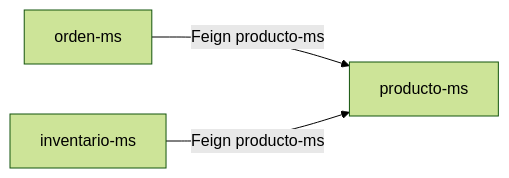
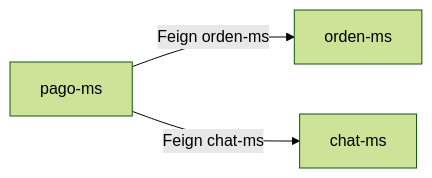
The first of 2 diagrams in docs/sesiones/s06-feign-circuit-breaker.md (erickmijael17/SmartCampus-Marketplace), drawn with Mermaid (forest theme) before and after one commit. The commit also changed other lines of this file and 23 other files, not shown here.

Commit message:
docs: update frontend and payment flows

````diff
--- a/docs/sesiones/s06-feign-circuit-breaker.md
+++ b/docs/sesiones/s06-feign-circuit-breaker.md
@@ -46,8 +46,8 @@
 ```mermaid
 flowchart LR
+    Pago["pago-ms"]
     Orden["orden-ms"]
-    Producto["producto-ms"]
-    Inventario["inventario-ms"]
-    Orden -->|"Feign producto-ms"| Producto
-    Inventario -->|"Feign producto-ms"| Producto
+    Chat["chat-ms"]
+    Pago -->|"Feign orden-ms"| Orden
+    Pago -->|"Feign chat-ms"| Chat
 ```
````
